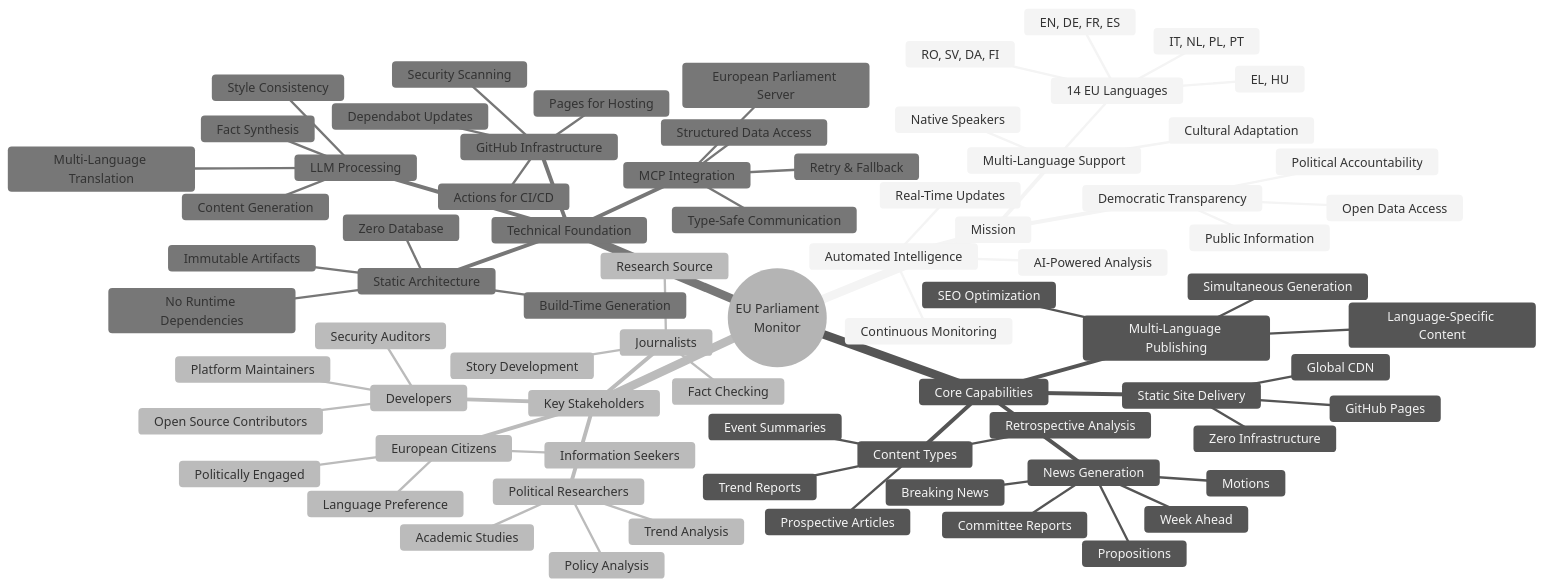
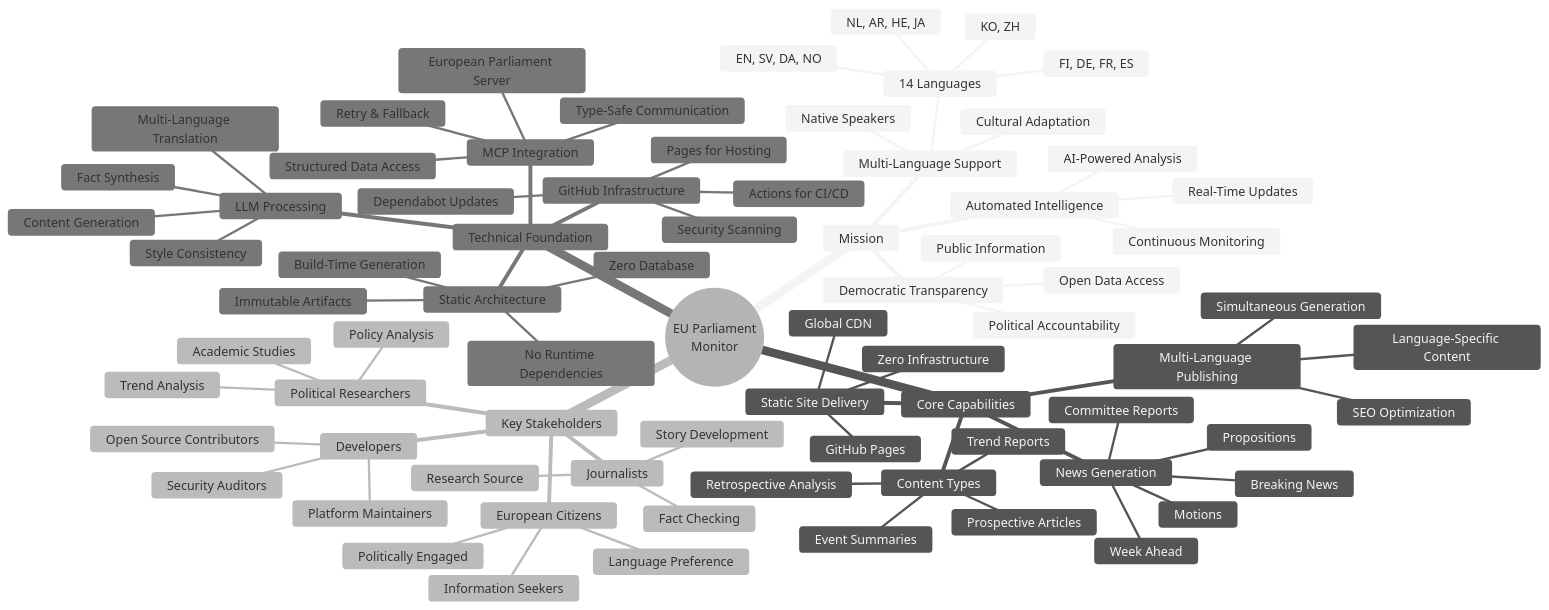
The first of 12 diagrams in MINDMAP.md (Hack23/euparliamentmonitor), drawn with Mermaid (neutral theme) before and after one commit. The commit also changed other lines of this file and 44 other files, not shown here.

````diff
--- a/MINDMAP.md
+++ b/MINDMAP.md
@@ -98,82 +98,82 @@
 ```mermaid
 mindmap
   root((EU Parliament<br/>Monitor))
     Mission
       Democratic Transparency
         Public Information
         Open Data Access
         Political Accountability
       Multi-Language Support
-        14 EU Languages
-          EN, DE, FR, ES
-          IT, NL, PL, PT
-          RO, SV, DA, FI
-          EL, HU
+        14 Languages
+          EN, SV, DA, NO
+          FI, DE, FR, ES
+          NL, AR, HE, JA
+          KO, ZH
         Native Speakers
         Cultural Adaptation
       Automated Intelligence
         AI-Powered Analysis
         Continuous Monitoring
         Real-Time Updates
 
     Core Capabilities
       News Generation
         Week Ahead
         Committee Reports
         Propositions
         Motions
         Breaking News
       Content Types
         Prospective Articles
         Retrospective Analysis
         Event Summaries
         Trend Reports
       Multi-Language Publishing
         Simultaneous Generation
         Language-Specific Content
         SEO Optimization
       Static Site Delivery
         GitHub Pages
         Zero Infrastructure
         Global CDN
 
     Key Stakeholders
       European Citizens
         Information Seekers
         Politically Engaged
         Language Preference
       Journalists
         Research Source
         Story Development
         Fact Checking
       Political Researchers
         Academic Studies
         Policy Analysis
         Trend Analysis
       Developers
         Open Source Contributors
         Platform Maintainers
         Security Auditors
 
     Technical Foundation
       Static Architecture
         No Runtime Dependencies
         Build-Time Generation
         Immutable Artifacts
         Zero Database
       GitHub Infrastructure
         Actions for CI/CD
         Pages for Hosting
         Security Scanning
         Dependabot Updates
       MCP Integration
         European Parliament Server
         Structured Data Access
         Type-Safe Communication
         Retry & Fallback
       LLM Processing
         Content Generation
         Multi-Language Translation
         Fact Synthesis
         Style Consistency
 ```
````
